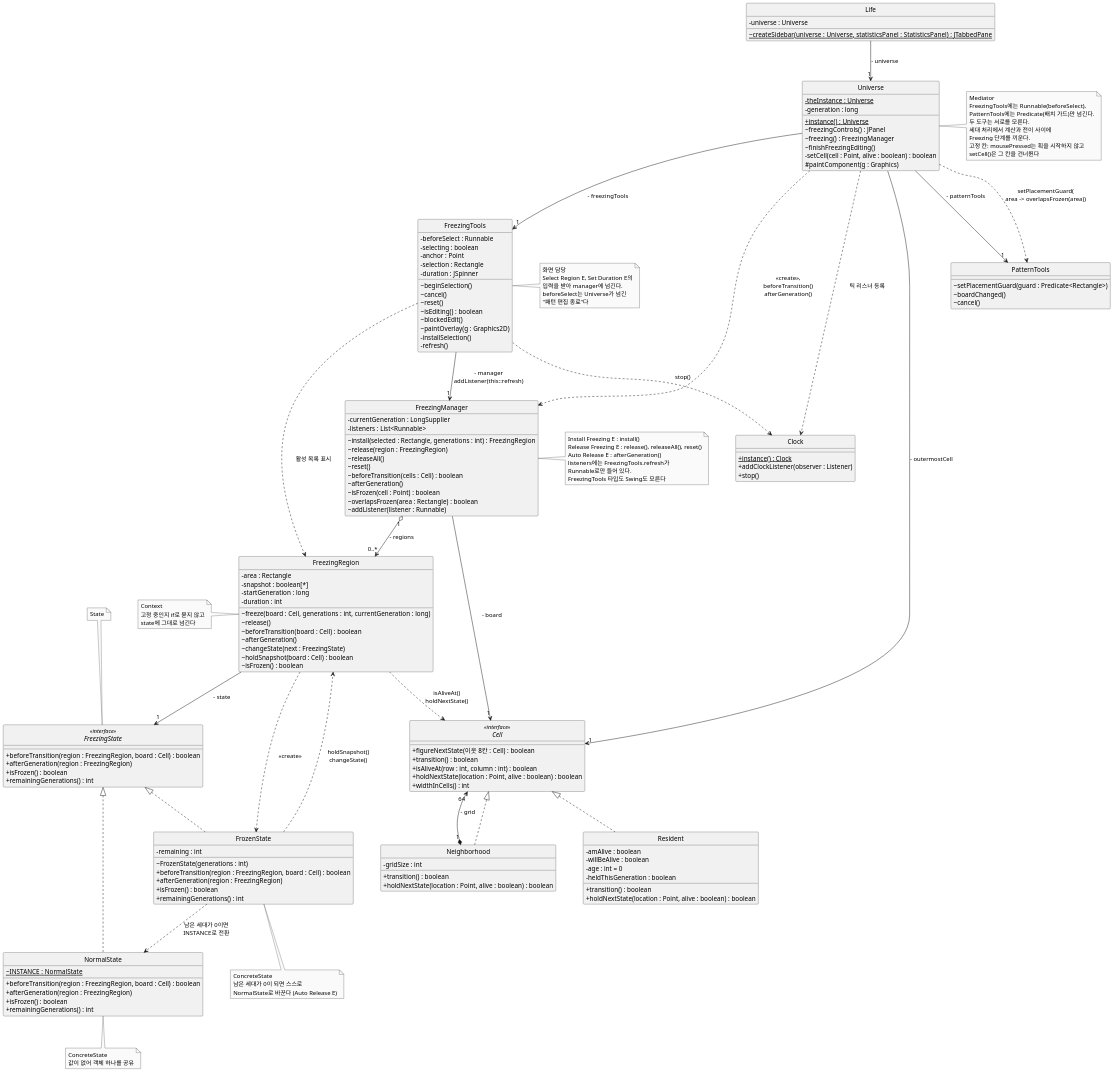
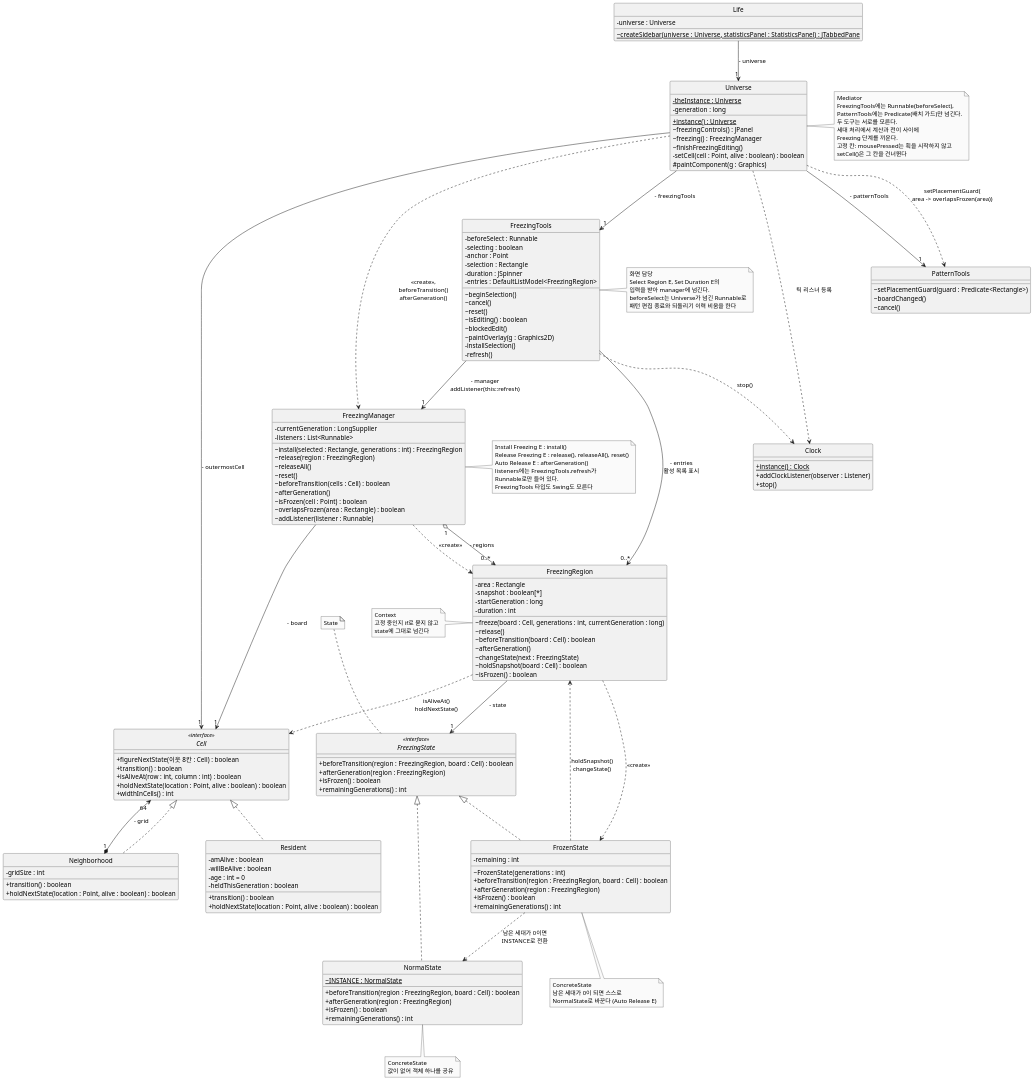
One commit to mckimR1972/DP_team_project changed the diagram in docs/freezing/diagram/class-freezing.puml. Above: the diagram before and after it, drawn with PlantUML. The commit also changed 9 other files, not shown here.

First line of the commit message:
docs: Freezing 다이어그램 2차 검토 반영

```diff
--- a/docs/freezing/diagram/class-freezing.puml
+++ b/docs/freezing/diagram/class-freezing.puml
@@ -1,193 +1,195 @@
 @startuml class-freezing
 skinparam monochrome true
 skinparam dpi 150
 skinparam shadowing false
 skinparam defaultFontName "Malgun Gothic"
 skinparam classAttributeIconSize 0
 hide circle
 skinparam ranksep 70
 skinparam nodesep 60
 
 interface Cell <<interface>> {
   + figureNextState(이웃 8칸 : Cell) : boolean
   + transition() : boolean
   + isAliveAt(row : int, column : int) : boolean
   + holdNextState(location : Point, alive : boolean) : boolean
   + widthInCells() : int
 }
 
 class Neighborhood {
   - gridSize : int
   + transition() : boolean
   + holdNextState(location : Point, alive : boolean) : boolean
 }
 
 class Resident {
   - amAlive : boolean
   - willBeAlive : boolean
   - age : int = 0
   - heldThisGeneration : boolean
   + transition() : boolean
   + holdNextState(location : Point, alive : boolean) : boolean
 }
 
 class Universe {
   - {static} theInstance : Universe
   - generation : long
   + {static} instance() : Universe
   ~ freezingControls() : JPanel
   ~ freezing() : FreezingManager
   ~ finishFreezingEditing()
   - setCell(cell : Point, alive : boolean) : boolean
   # paintComponent(g : Graphics)
 }
 
 class Clock {
   + {static} instance() : Clock
   + addClockListener(observer : Listener)
   + stop()
 }
 
 class Life {
   - universe : Universe
   ~ {static} createSidebar(universe : Universe, statisticsPanel : StatisticsPanel) : JTabbedPane
 }
 
 class PatternTools {
   ~ setPlacementGuard(guard : Predicate<Rectangle>)
   ~ boardChanged()
   ~ cancel()
 }
 
 class FreezingTools {
   - beforeSelect : Runnable
   - selecting : boolean
   - anchor : Point
   - selection : Rectangle
   - duration : JSpinner
+  - entries : DefaultListModel<FreezingRegion>
   ~ beginSelection()
   ~ cancel()
   ~ reset()
   ~ isEditing() : boolean
   ~ blockedEdit()
   ~ paintOverlay(g : Graphics2D)
   - installSelection()
   - refresh()
 }
 
 class FreezingManager {
   - currentGeneration : LongSupplier
   - listeners : List<Runnable>
   ~ install(selected : Rectangle, generations : int) : FreezingRegion
   ~ release(region : FreezingRegion)
   ~ releaseAll()
   ~ reset()
   ~ beforeTransition(cells : Cell) : boolean
   ~ afterGeneration()
   ~ isFrozen(cell : Point) : boolean
   ~ overlapsFrozen(area : Rectangle) : boolean
   ~ addListener(listener : Runnable)
 }
 
 class FreezingRegion {
   - area : Rectangle
   - snapshot : boolean[*]
   - startGeneration : long
   - duration : int
   ~ freeze(board : Cell, generations : int, currentGeneration : long)
   ~ release()
   ~ beforeTransition(board : Cell) : boolean
   ~ afterGeneration()
   ~ changeState(next : FreezingState)
   ~ holdSnapshot(board : Cell) : boolean
   ~ isFrozen() : boolean
 }
 
 interface FreezingState <<interface>> {
   + beforeTransition(region : FreezingRegion, board : Cell) : boolean
   + afterGeneration(region : FreezingRegion)
   + isFrozen() : boolean
   + remainingGenerations() : int
 }
 
 class NormalState {
   ~ {static} INSTANCE : NormalState
   + beforeTransition(region : FreezingRegion, board : Cell) : boolean
   + afterGeneration(region : FreezingRegion)
   + isFrozen() : boolean
   + remainingGenerations() : int
 }
 
 class FrozenState {
   - remaining : int
   ~ FrozenState(generations : int)
   + beforeTransition(region : FreezingRegion, board : Cell) : boolean
   + afterGeneration(region : FreezingRegion)
   + isFrozen() : boolean
   + remainingGenerations() : int
 }
 
 Cell <|.. Neighborhood
 Cell <|.. Resident
 Neighborhood "1" *-up-> "64" Cell : - grid
 
 Life --> "1" Universe : - universe
 Universe --> "1" Cell : - outermostCell
 Universe --> "1" FreezingTools : - freezingTools
 Universe --> "1" PatternTools : - patternTools
 Universe ..> Clock : 틱 리스너 등록
 Universe ..> FreezingManager : <<create>>,\nbeforeTransition()\nafterGeneration()
 Universe ..> PatternTools : setPlacementGuard(\narea -> overlapsFrozen(area))
 
 FreezingTools --> "1" FreezingManager : - manager\naddListener(this::refresh)
-FreezingTools ..> FreezingRegion : 활성 목록 표시
+FreezingTools --> "0..*" FreezingRegion : - entries\n활성 목록 표시
 FreezingTools ..> Clock : stop()
 FreezingManager "1" o--> "0..*" FreezingRegion : - regions
+FreezingManager ..> FreezingRegion : <<create>>
 FreezingManager --> "1" Cell : - board
 
 FreezingRegion --> "1" FreezingState : - state
 FreezingRegion ..> Cell : isAliveAt()\nholdNextState()
 FreezingRegion ..> FrozenState : <<create>>
 FreezingState <|.. NormalState
 FreezingState <|.. FrozenState
 FrozenState ..> FreezingRegion : holdSnapshot()\nchangeState()
 FrozenState ..> NormalState : 남은 세대가 0이면\nINSTANCE로 전환
 
 note top of FreezingState : State
 note bottom of NormalState : ConcreteState\n값이 없어 객체 하나를 공유
 note bottom of FrozenState
   ConcreteState
   남은 세대가 0이 되면 스스로
   NormalState로 바꾼다 (Auto Release E)
 end note
 note left of FreezingRegion
   Context
   고정 중인지 if로 묻지 않고
   state에 그대로 넘긴다
 end note
 note right of FreezingTools
   화면 담당
   Select Region E, Set Duration E의
   입력을 받아 manager에 넘긴다.
-  beforeSelect는 Universe가 넘긴
-  "패턴 편집 종료"다
+  beforeSelect는 Universe가 넘긴 Runnable로
+  패턴 편집 종료와 되돌리기 이력 비움을 한다
 end note
 note right of FreezingManager
   Install Freezing E : install()
   Release Freezing E : release(), releaseAll(), reset()
   Auto Release E : afterGeneration()
   listeners에는 FreezingTools.refresh가
   Runnable로만 들어 있다.
   FreezingTools 타입도 Swing도 모른다
 end note
 note right of Universe
   Mediator
   FreezingTools에는 Runnable(beforeSelect),
   PatternTools에는 Predicate(배치 가드)만 넘긴다.
   두 도구는 서로를 모른다.
   세대 처리에서 계산과 전이 사이에
   Freezing 단계를 끼운다.
   고정 칸: mousePressed는 획을 시작하지 않고
   setCell()은 그 칸을 건너뛴다
 end note
 @enduml
```
